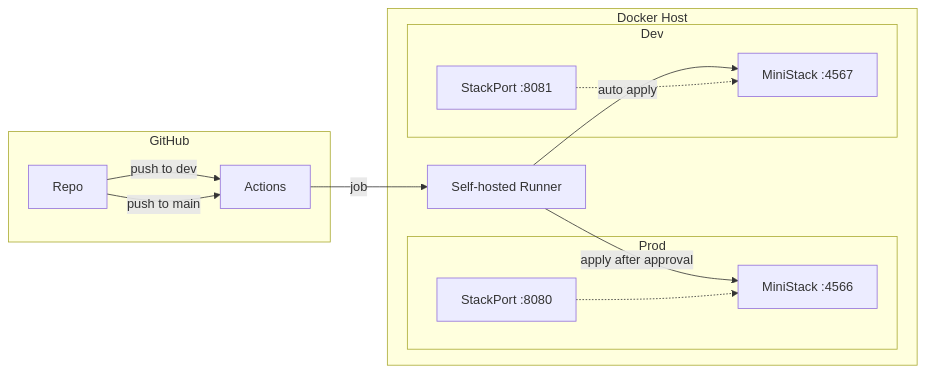
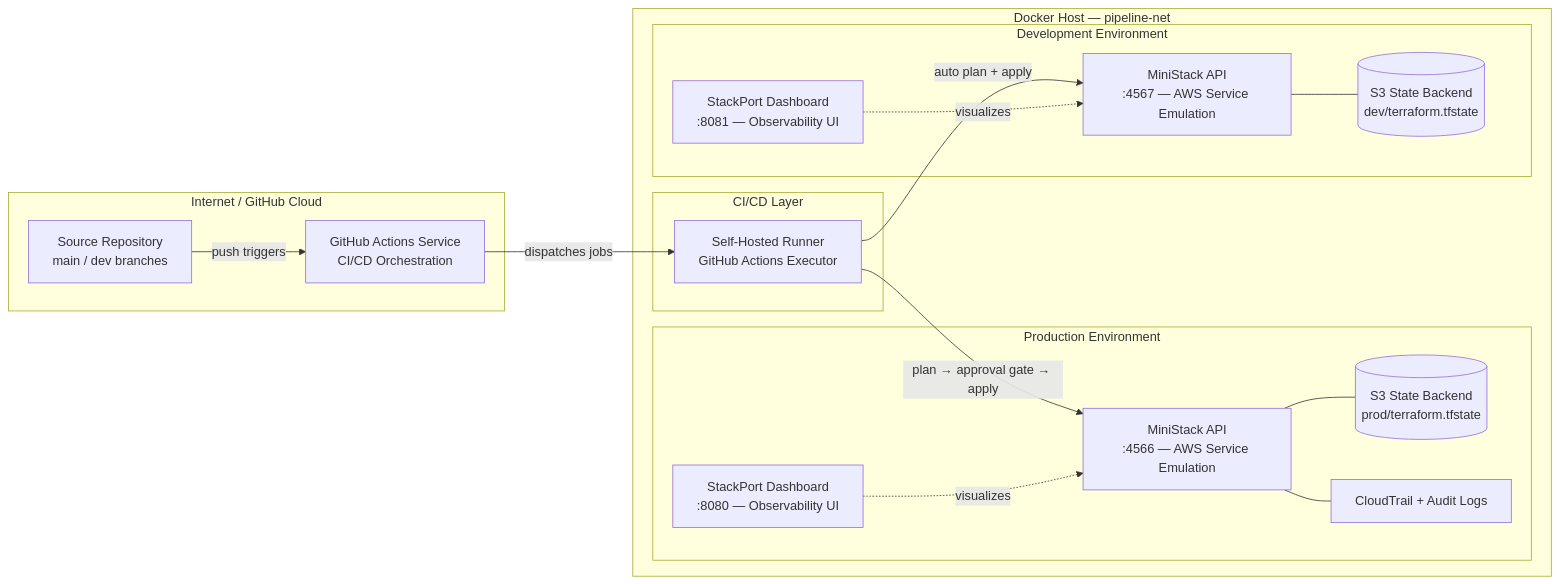
The diagram in README.md (scooter-gh/pipeline-lab), drawn with Mermaid before and after one commit. The commit also changed other lines of this file, not shown here.

Commit message:
Overhaul README: auto-registration, cloud-governance diagram, FedRAMP controls (#9)
Rewrites README to reflect current state: removes GITHUB_RUNNER_TOKEN
prereq, redesigns Mermaid architecture diagram with cloud governance
groupings, replaces Phase I Scope with FedRAMP controls table, adds
Notes section.

````diff
--- a/README.md
+++ b/README.md
@@ -45,27 +44,36 @@
 ```mermaid
 flowchart LR
-  subgraph GH["GitHub"]
-    Repo["Repo"]
-    Actions["Actions"]
+  subgraph Internet["Internet / GitHub Cloud"]
+    GHRepo["Source Repository<br/>main / dev branches"]
+    GHActions["GitHub Actions Service<br/>CI/CD Orchestration"]
   end
 
-  subgraph Docker["Docker Host"]
-    Runner["Self-hosted Runner"]
-    subgraph Prod["Prod"]
-      MSP["MiniStack :4566"]
-      UIP["StackPort :8080"]
+  subgraph Host["Docker Host — pipeline-net"]
+    subgraph CICD["CI/CD Layer"]
+      Runner["Self-Hosted Runner<br/>GitHub Actions Executor"]
     end
-    subgraph Dev["Dev"]
-      MSD["MiniStack :4567"]
-      UID["StackPort :8081"]
+
+    subgraph ProdEnv["Production Environment"]
+      ProdAPI["MiniStack API<br/>:4566 — AWS Service Emulation"]
+      ProdState[("S3 State Backend<br/>prod/terraform.tfstate")]
+      ProdUI["StackPort Dashboard<br/>:8080 — Observability UI"]
+      ProdAudit["CloudTrail + Audit Logs"]
+    end
+
+    subgraph DevEnv["Development Environment"]
+      DevAPI["MiniStack API<br/>:4567 — AWS Service Emulation"]
+      DevState[("S3 State Backend<br/>dev/terraform.tfstate")]
+      DevUI["StackPort Dashboard<br/>:8081 — Observability UI"]
     end
   end
 
-  Repo -- "push to dev" --> Actions
-  Repo -- "push to main" --> Actions
-  Actions -- "job" --> Runner
-  Runner -- "auto apply" --> MSD
-  Runner -- "apply after approval" --> MSP
-  UIP -.-> MSP
-  UID -.-> MSD
+  GHRepo -- "push triggers" --> GHActions
+  GHActions -- "dispatches jobs" --> Runner
+  Runner -- "auto plan + apply" --> DevAPI
+  Runner -- "plan → approval gate → apply" --> ProdAPI
+  ProdAPI --- ProdState
+  DevAPI --- DevState
+  ProdAPI --- ProdAudit
+  ProdUI -. "visualizes" .-> ProdAPI
+  DevUI -. "visualizes" .-> DevAPI
 ```
````
